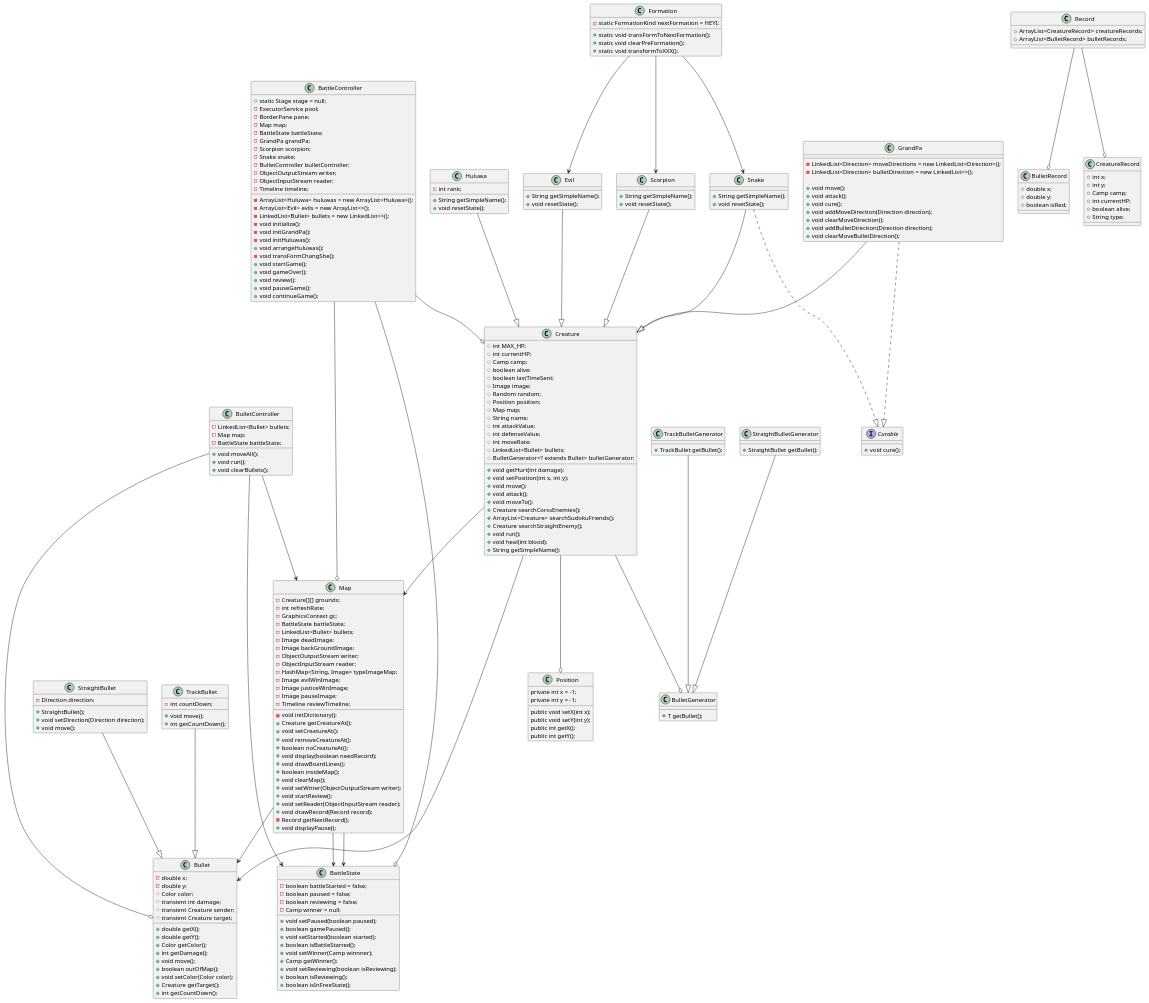
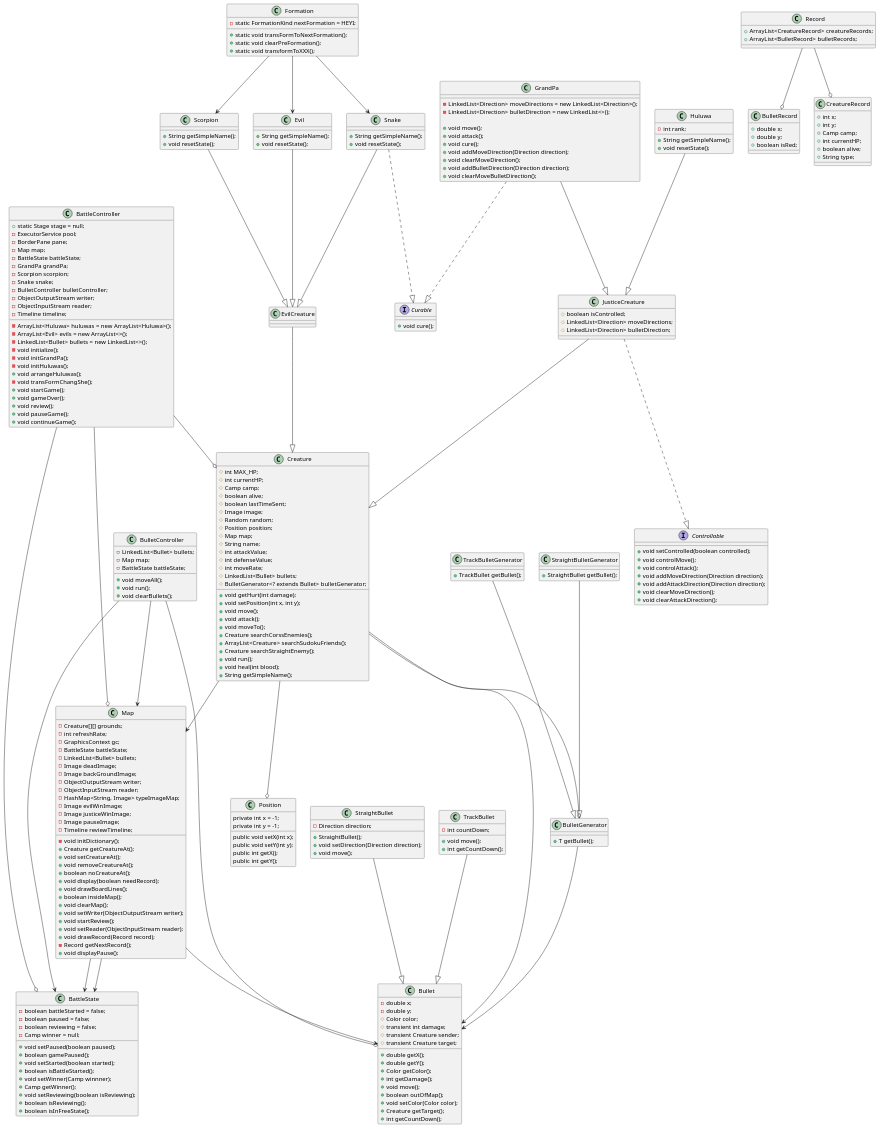
The diagram in pro.puml (chenslcool/Java-Final-Project), drawn with PlantUML before and after one commit. The commit also changed 12 other files, not shown here.

Commit message:
modify readme(tab-control) ,and EvilCreature

```diff
--- a/pro.puml
+++ b/pro.puml
@@ -41,6 +41,26 @@
 Creature --o Position
 Creature --> Bullet
 Creature --o BulletGenerator
+
+class JusticeCreature{
+    # boolean isControlled;
+    # LinkedList<Direction> moveDirections;
+    # LinkedList<Direction> bulletDirection;
+}
+
+interface Controllable{
+   + void setControlled(boolean controlled);
+   +   void controlMove();
+   +  void controlAttack();
+   +  void addMoveDirection(Direction direction);
+   +  void addAttackDirection(Direction direction);
+   +  void clearMoveDirection();
+   +  void clearAttackDirection();
+}
+
+JusticeCreature ..|> Controllable
+JusticeCreature --|> Creature
+
 class Huluwa{
     - int rank;
     + String getSimpleName();
@@ -64,6 +84,8 @@
     + void clearMoveBulletDirection();
 }
 
+class EvilCreature{
+}
 
 class Evil{
     + String getSimpleName();
@@ -80,11 +102,12 @@
     + void resetState();
 }
 
-Snake -|> Creature
-Scorpion --|> Creature
-Evil --|> Creature
-Huluwa --|>Creature
-GrandPa --|>Creature
+EvilCreature --|> Creature
+Snake -|> EvilCreature
+Scorpion --|> EvilCreature
+Evil --|> EvilCreature
+Huluwa --|>JusticeCreature
+GrandPa --|>JusticeCreature
 GrandPa ..|> Curable
 Snake ..|> Curable
 
@@ -126,6 +149,8 @@
 class BulletGenerator{
     + T getBullet();
 }
+
+BulletGenerator --> Bullet
 
 class StraightBulletGenerator{
     + StraightBullet getBullet();
```
